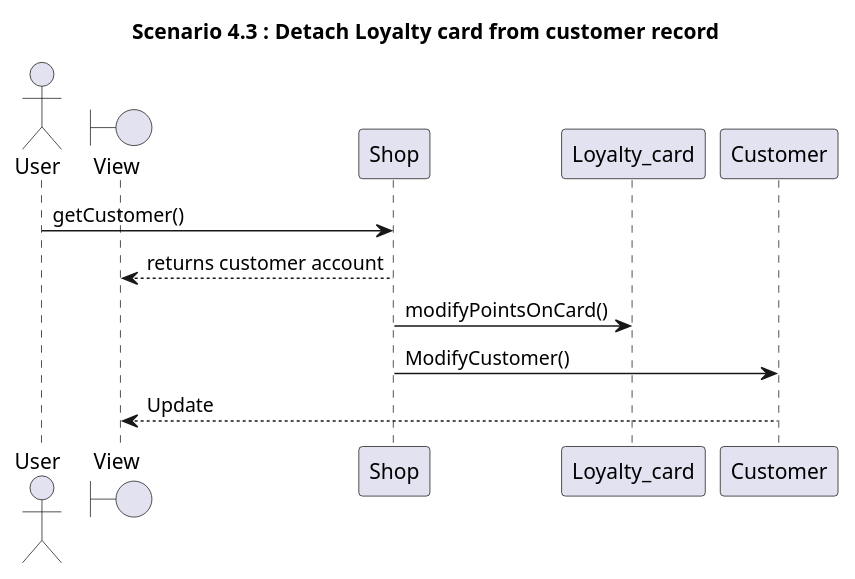
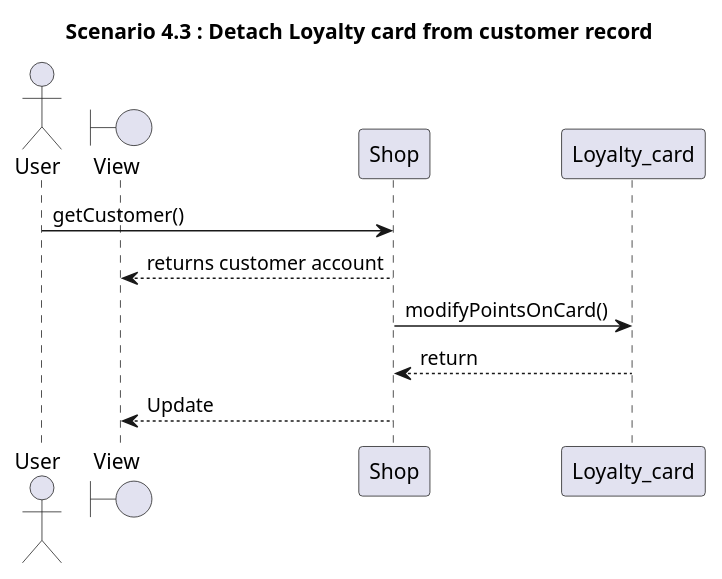
Before and after one commit to zitabou/EZShop: diagram 14 of 30 in Deliverables/DesignDocument.md, drawn with PlantUML. The commit also changed other lines of this file, not shown here.

````diff
--- a/Deliverables/DesignDocument.md
+++ b/Deliverables/DesignDocument.md
@@ -494,16 +494,16 @@
 ```plantuml
 
 title 
 **Scenario 4.3** : Detach Loyalty card from customer record
 end title
 
 actor User
 Boundary View
 User -> Shop: getCustomer()
 Shop --> View: returns customer account
 Shop -> Loyalty_card: modifyPointsOnCard()
-Shop -> Customer: ModifyCustomer()
-Customer --> View: Update
+Loyalty_card --> Shop: return
+Shop --> View: Update
 
 
 ```
````
